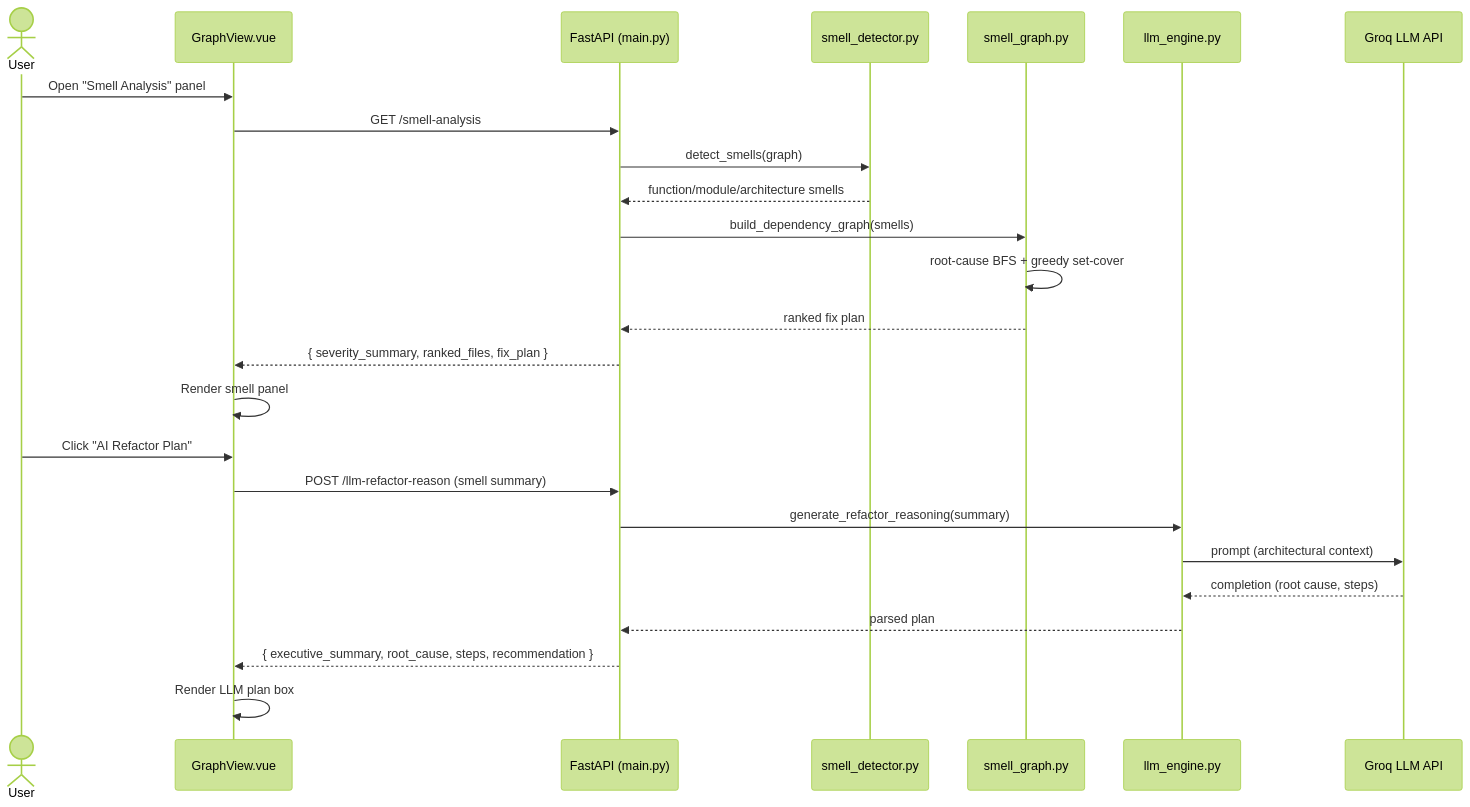
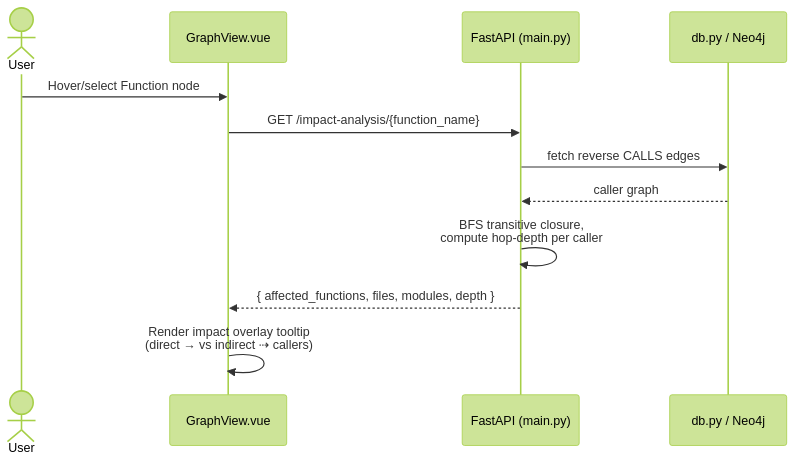
The diagram in srs_diagrams/diagram_08.mmd (farjanasarker/Code_Base_Visualisation), drawn with Mermaid (forest theme) before and after one commit. The commit also changed 47 other files, not shown here.

```diff
--- a/srs_diagrams/diagram_08.mmd
+++ b/srs_diagrams/diagram_08.mmd
@@ -1,27 +1,13 @@
 sequenceDiagram
     actor U as User
     participant FE as GraphView.vue
     participant API as FastAPI (main.py)
-    participant SD as smell_detector.py
-    participant SG as smell_graph.py
-    participant LE as llm_engine.py
-    participant GROQ as Groq LLM API
+    participant DB as db.py / Neo4j
 
-    U->>FE: Open "Smell Analysis" panel
-    FE->>API: GET /smell-analysis
-    API->>SD: detect_smells(graph)
-    SD-->>API: function/module/architecture smells
-    API->>SG: build_dependency_graph(smells)
-    SG->>SG: root-cause BFS + greedy set-cover
-    SG-->>API: ranked fix plan
-    API-->>FE: { severity_summary, ranked_files, fix_plan }
-    FE->>FE: Render smell panel
-
-    U->>FE: Click "AI Refactor Plan"
-    FE->>API: POST /llm-refactor-reason (smell summary)
-    API->>LE: generate_refactor_reasoning(summary)
-    LE->>GROQ: prompt (architectural context)
-    GROQ-->>LE: completion (root cause, steps)
-    LE-->>API: parsed plan
-    API-->>FE: { executive_summary, root_cause, steps, recommendation }
-    FE->>FE: Render LLM plan box
+    U->>FE: Hover/select Function node
+    FE->>API: GET /impact-analysis/{function_name}
+    API->>DB: fetch reverse CALLS edges
+    DB-->>API: caller graph
+    API->>API: BFS transitive closure,<br/>compute hop-depth per caller
+    API-->>FE: { affected_functions, files, modules, depth }
+    FE->>FE: Render impact overlay tooltip<br/>(direct → vs indirect ⇢ callers)
```
